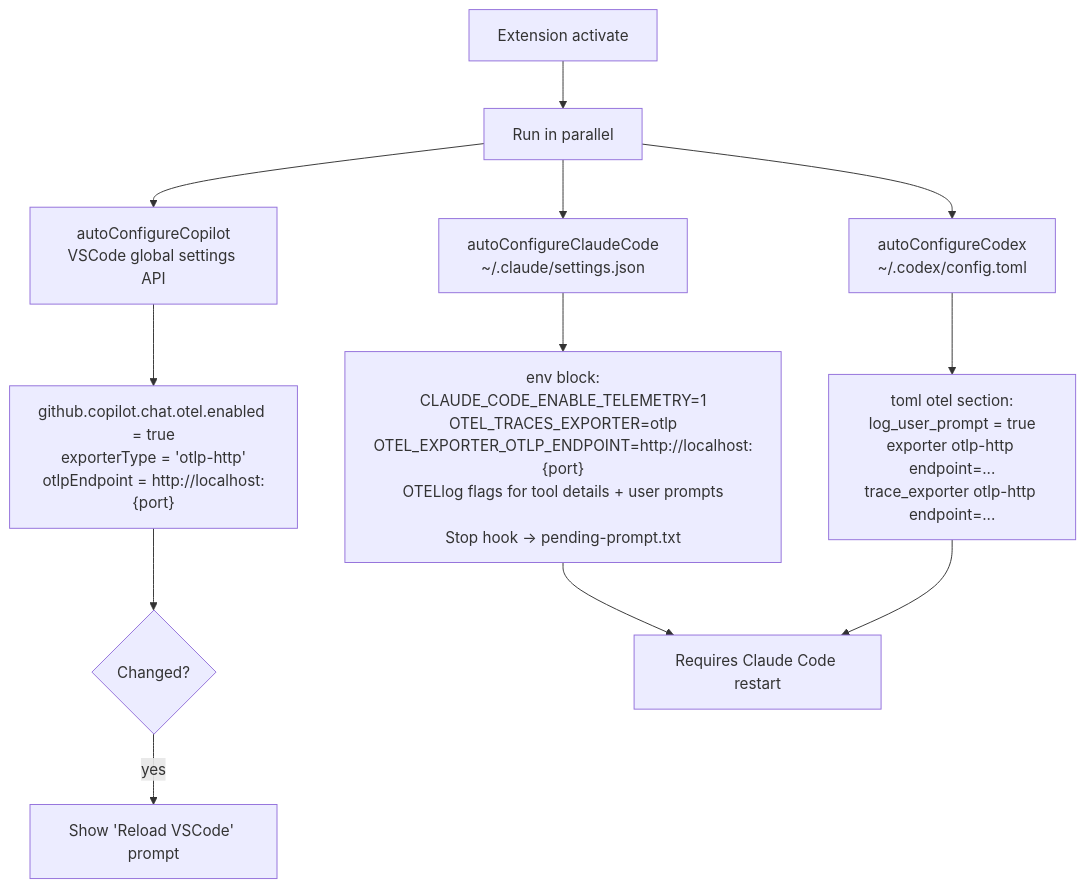
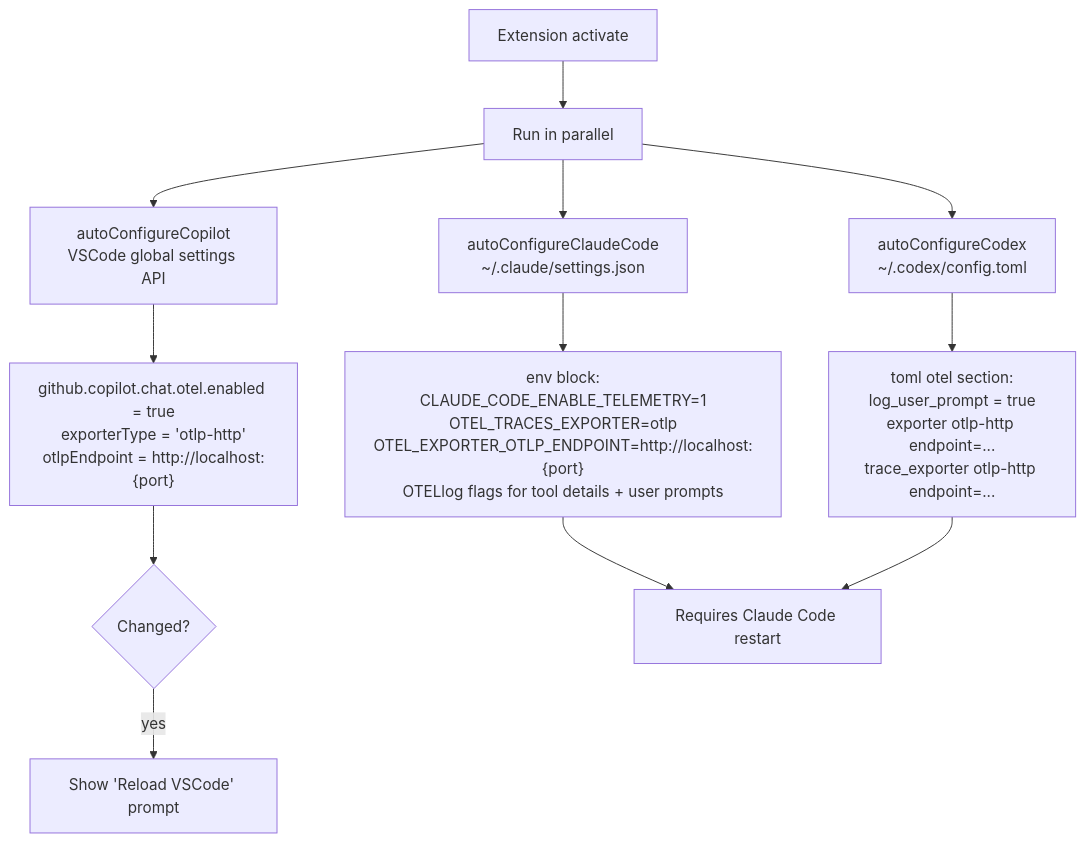
One commit to traceroost/core changed diagram 17 of 20 in ARCHITECTURE.md. Above: the diagram before and after it, drawn with Mermaid. The commit also changed 4 other files, not shown here.

First line of the commit message:
Remove the Claude Code Stop hook from auto-config

````diff
--- a/ARCHITECTURE.md
+++ b/ARCHITECTURE.md
@@ -919,19 +919,19 @@
 ```mermaid
 flowchart TD
     ACT[Extension activate] --> PAR[Run in parallel]
 
     PAR --> CP_CFG[autoConfigureCopilot<br/>VSCode global settings API]
     PAR --> CC_CFG[autoConfigureClaudeCode<br/>~/.claude/settings.json]
     PAR --> CX_CFG[autoConfigureCodex<br/>~/.codex/config.toml]
 
     CP_CFG --> CP_KEYS["github.copilot.chat.otel.enabled = true<br/>exporterType = 'otlp-http'<br/>otlpEndpoint = http://localhost:{port}"]
     CP_KEYS --> CP_OUT{Changed?}
     CP_OUT -- yes --> RELOAD[Show 'Reload VSCode' prompt]
 
-    CC_CFG --> CC_KEYS["env block:<br/>CLAUDE_CODE_ENABLE_TELEMETRY=1<br/>OTEL_TRACES_EXPORTER=otlp<br/>OTEL_EXPORTER_OTLP_ENDPOINT=http://localhost:{port}<br/>OTELlog flags for tool details + user prompts<br/><br/>Stop hook → pending-prompt.txt"]
+    CC_CFG --> CC_KEYS["env block:<br/>CLAUDE_CODE_ENABLE_TELEMETRY=1<br/>OTEL_TRACES_EXPORTER=otlp<br/>OTEL_EXPORTER_OTLP_ENDPOINT=http://localhost:{port}<br/>OTELlog flags for tool details + user prompts"]
 
     CX_CFG --> CX_KEYS["toml otel section:<br/>log_user_prompt = true<br/>exporter otlp-http endpoint=...<br/>trace_exporter otlp-http endpoint=..."]
 
     CC_KEYS --> RESTART[Requires Claude Code restart]
     CX_KEYS --> RESTART
 ```
````
